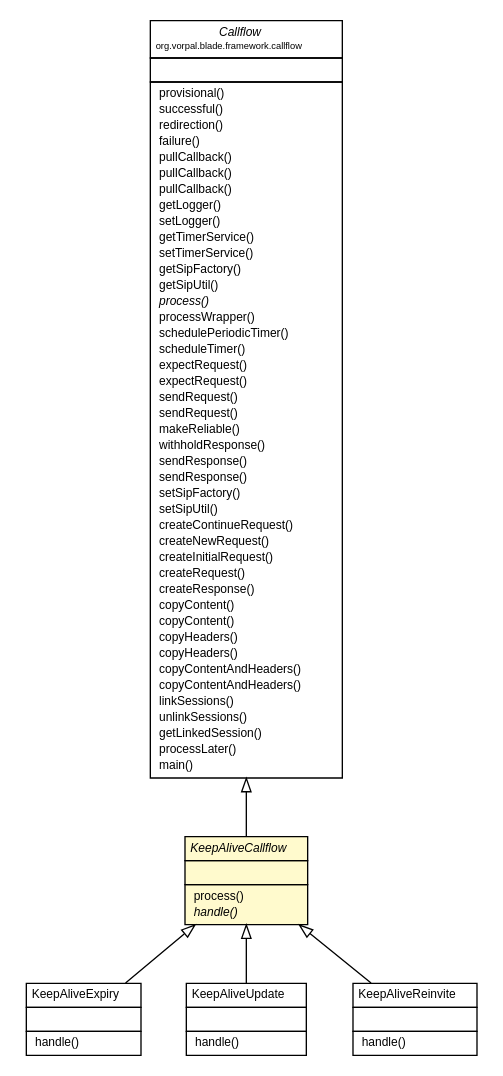
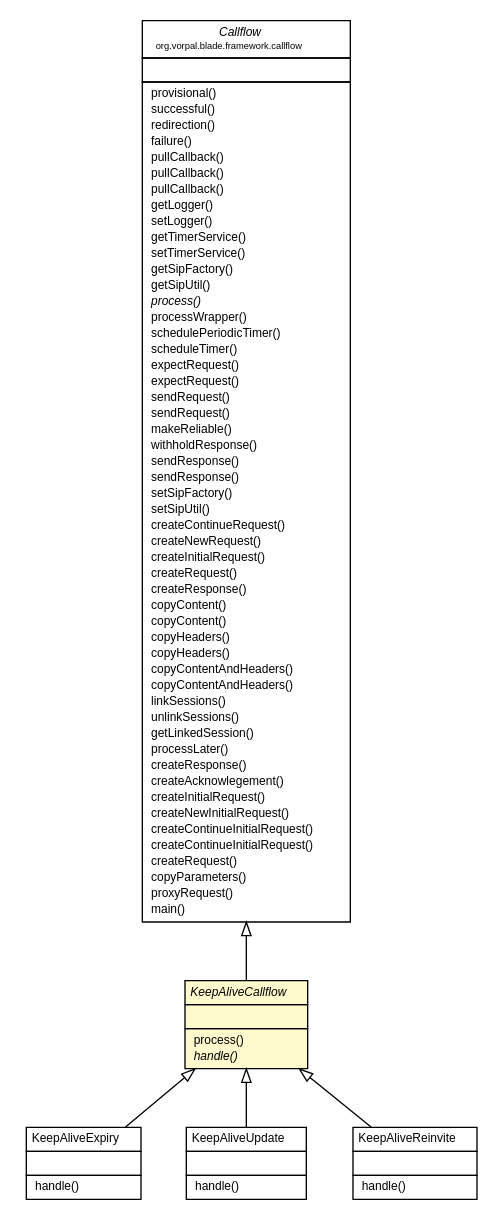
The diagram in blade/vorpal-blade-keep-alive/org/vorpal/blade/services/keepalive/KeepAliveCallflow.dot (vorpalnet/vorpalnet.github.io), drawn with Graphviz before and after one commit. The commit also changed 1096 other files, not shown here.

```diff
--- a/blade/vorpal-blade-keep-alive/org/vorpal/blade/services/keepalive/KeepAliveCallflow.dot
+++ b/blade/vorpal-blade-keep-alive/org/vorpal/blade/services/keepalive/KeepAliveCallflow.dot
@@ -1,124 +1,133 @@
 #!/usr/local/bin/dot
 #
 # Class diagram 
 # Generated by UMLGraph version 5.2 (http://www.umlgraph.org/)
 #
 
 digraph G {
 	edge [fontname="Helvetica",fontsize=10,labelfontname="Helvetica",labelfontsize=10];
 	node [fontname="Helvetica",fontsize=10,shape=plaintext];
 	nodesep=0.25;
 	ranksep=0.5;
 	// org.vorpal.blade.services.keepalive.KeepAliveCallflow
 	c11 [label=<<table title="org.vorpal.blade.services.keepalive.KeepAliveCallflow" border="0" cellborder="1" cellspacing="0" cellpadding="2" port="p" bgcolor="lemonChiffon" href="./KeepAliveCallflow.html">
 		<tr><td><table border="0" cellspacing="0" cellpadding="1">
 <tr><td align="center" balign="center"><font face="Helvetica-Oblique"> KeepAliveCallflow </font></td></tr>
 		</table></td></tr>
 		<tr><td><table border="0" cellspacing="0" cellpadding="1">
 <tr><td align="left" balign="left">  </td></tr>
 		</table></td></tr>
 		<tr><td><table border="0" cellspacing="0" cellpadding="1">
 <tr><td align="left" balign="left">  process() </td></tr>
 <tr><td align="left" balign="left"><font face="Helvetica-Oblique" point-size="9.0">  handle() </font></td></tr>
 		</table></td></tr>
 		</table>>, fontname="Helvetica", fontcolor="black", fontsize=9.0];
 	// org.vorpal.blade.services.keepalive.KeepAliveExpiry
 	c23 [label=<<table title="org.vorpal.blade.services.keepalive.KeepAliveExpiry" border="0" cellborder="1" cellspacing="0" cellpadding="2" port="p" href="./KeepAliveExpiry.html">
 		<tr><td><table border="0" cellspacing="0" cellpadding="1">
 <tr><td align="center" balign="center"> KeepAliveExpiry </td></tr>
 		</table></td></tr>
 		<tr><td><table border="0" cellspacing="0" cellpadding="1">
 <tr><td align="left" balign="left">  </td></tr>
 		</table></td></tr>
 		<tr><td><table border="0" cellspacing="0" cellpadding="1">
 <tr><td align="left" balign="left">  handle() </td></tr>
 		</table></td></tr>
 		</table>>, fontname="Helvetica", fontcolor="black", fontsize=9.0];
 	// org.vorpal.blade.services.keepalive.KeepAliveUpdate
 	c25 [label=<<table title="org.vorpal.blade.services.keepalive.KeepAliveUpdate" border="0" cellborder="1" cellspacing="0" cellpadding="2" port="p" href="./KeepAliveUpdate.html">
 		<tr><td><table border="0" cellspacing="0" cellpadding="1">
 <tr><td align="center" balign="center"> KeepAliveUpdate </td></tr>
 		</table></td></tr>
 		<tr><td><table border="0" cellspacing="0" cellpadding="1">
 <tr><td align="left" balign="left">  </td></tr>
 		</table></td></tr>
 		<tr><td><table border="0" cellspacing="0" cellpadding="1">
 <tr><td align="left" balign="left">  handle() </td></tr>
 		</table></td></tr>
 		</table>>, fontname="Helvetica", fontcolor="black", fontsize=9.0];
 	// org.vorpal.blade.services.keepalive.KeepAliveReinvite
 	c27 [label=<<table title="org.vorpal.blade.services.keepalive.KeepAliveReinvite" border="0" cellborder="1" cellspacing="0" cellpadding="2" port="p" href="./KeepAliveReinvite.html">
 		<tr><td><table border="0" cellspacing="0" cellpadding="1">
 <tr><td align="center" balign="center"> KeepAliveReinvite </td></tr>
 		</table></td></tr>
 		<tr><td><table border="0" cellspacing="0" cellpadding="1">
 <tr><td align="left" balign="left">  </td></tr>
 		</table></td></tr>
 		<tr><td><table border="0" cellspacing="0" cellpadding="1">
 <tr><td align="left" balign="left">  handle() </td></tr>
 		</table></td></tr>
 		</table>>, fontname="Helvetica", fontcolor="black", fontsize=9.0];
 	//org.vorpal.blade.services.keepalive.KeepAliveCallflow extends org.vorpal.blade.framework.callflow.Callflow
-	c36:p -> c11:p [dir=back,arrowtail=empty];
+	c39:p -> c11:p [dir=back,arrowtail=empty];
 	//org.vorpal.blade.services.keepalive.KeepAliveExpiry extends org.vorpal.blade.services.keepalive.KeepAliveCallflow
 	c11:p -> c23:p [dir=back,arrowtail=empty];
 	//org.vorpal.blade.services.keepalive.KeepAliveUpdate extends org.vorpal.blade.services.keepalive.KeepAliveCallflow
 	c11:p -> c25:p [dir=back,arrowtail=empty];
 	//org.vorpal.blade.services.keepalive.KeepAliveReinvite extends org.vorpal.blade.services.keepalive.KeepAliveCallflow
 	c11:p -> c27:p [dir=back,arrowtail=empty];
 	// org.vorpal.blade.framework.callflow.Callflow
-	c36 [label=<<table title="org.vorpal.blade.framework.callflow.Callflow" border="0" cellborder="1" cellspacing="0" cellpadding="2" port="p" href="http://java.sun.com/j2se/1.4.2/docs/api/org/vorpal/blade/framework/callflow/Callflow.html">
+	c39 [label=<<table title="org.vorpal.blade.framework.callflow.Callflow" border="0" cellborder="1" cellspacing="0" cellpadding="2" port="p" href="http://java.sun.com/j2se/1.4.2/docs/api/org/vorpal/blade/framework/callflow/Callflow.html">
 		<tr><td><table border="0" cellspacing="0" cellpadding="1">
 <tr><td align="center" balign="center"><font face="Helvetica-Oblique"> Callflow </font></td></tr>
 <tr><td align="center" balign="center"><font point-size="7.0"> org.vorpal.blade.framework.callflow </font></td></tr>
 		</table></td></tr>
 		<tr><td><table border="0" cellspacing="0" cellpadding="1">
 <tr><td align="left" balign="left">  </td></tr>
 		</table></td></tr>
 		<tr><td><table border="0" cellspacing="0" cellpadding="1">
 <tr><td align="left" balign="left">  provisional() </td></tr>
 <tr><td align="left" balign="left">  successful() </td></tr>
 <tr><td align="left" balign="left">  redirection() </td></tr>
 <tr><td align="left" balign="left">  failure() </td></tr>
 <tr><td align="left" balign="left">  pullCallback() </td></tr>
 <tr><td align="left" balign="left">  pullCallback() </td></tr>
 <tr><td align="left" balign="left">  pullCallback() </td></tr>
 <tr><td align="left" balign="left">  getLogger() </td></tr>
 <tr><td align="left" balign="left">  setLogger() </td></tr>
 <tr><td align="left" balign="left">  getTimerService() </td></tr>
 <tr><td align="left" balign="left">  setTimerService() </td></tr>
 <tr><td align="left" balign="left">  getSipFactory() </td></tr>
 <tr><td align="left" balign="left">  getSipUtil() </td></tr>
 <tr><td align="left" balign="left"><font face="Helvetica-Oblique" point-size="9.0">  process() </font></td></tr>
 <tr><td align="left" balign="left">  processWrapper() </td></tr>
 <tr><td align="left" balign="left">  schedulePeriodicTimer() </td></tr>
 <tr><td align="left" balign="left">  scheduleTimer() </td></tr>
 <tr><td align="left" balign="left">  expectRequest() </td></tr>
 <tr><td align="left" balign="left">  expectRequest() </td></tr>
 <tr><td align="left" balign="left">  sendRequest() </td></tr>
 <tr><td align="left" balign="left">  sendRequest() </td></tr>
 <tr><td align="left" balign="left">  makeReliable() </td></tr>
 <tr><td align="left" balign="left">  withholdResponse() </td></tr>
 <tr><td align="left" balign="left">  sendResponse() </td></tr>
 <tr><td align="left" balign="left">  sendResponse() </td></tr>
 <tr><td align="left" balign="left">  setSipFactory() </td></tr>
 <tr><td align="left" balign="left">  setSipUtil() </td></tr>
 <tr><td align="left" balign="left">  createContinueRequest() </td></tr>
 <tr><td align="left" balign="left">  createNewRequest() </td></tr>
 <tr><td align="left" balign="left">  createInitialRequest() </td></tr>
 <tr><td align="left" balign="left">  createRequest() </td></tr>
 <tr><td align="left" balign="left">  createResponse() </td></tr>
 <tr><td align="left" balign="left">  copyContent() </td></tr>
 <tr><td align="left" balign="left">  copyContent() </td></tr>
 <tr><td align="left" balign="left">  copyHeaders() </td></tr>
 <tr><td align="left" balign="left">  copyHeaders() </td></tr>
 <tr><td align="left" balign="left">  copyContentAndHeaders() </td></tr>
 <tr><td align="left" balign="left">  copyContentAndHeaders() </td></tr>
 <tr><td align="left" balign="left">  linkSessions() </td></tr>
 <tr><td align="left" balign="left">  unlinkSessions() </td></tr>
 <tr><td align="left" balign="left">  getLinkedSession() </td></tr>
 <tr><td align="left" balign="left">  processLater() </td></tr>
+<tr><td align="left" balign="left">  createResponse() </td></tr>
+<tr><td align="left" balign="left">  createAcknowlegement() </td></tr>
+<tr><td align="left" balign="left">  createInitialRequest() </td></tr>
+<tr><td align="left" balign="left">  createNewInitialRequest() </td></tr>
+<tr><td align="left" balign="left">  createContinueInitialRequest() </td></tr>
+<tr><td align="left" balign="left">  createContinueInitialRequest() </td></tr>
+<tr><td align="left" balign="left">  createRequest() </td></tr>
+<tr><td align="left" balign="left">  copyParameters() </td></tr>
+<tr><td align="left" balign="left">  proxyRequest() </td></tr>
 <tr><td align="left" balign="left">  main() </td></tr>
 		</table></td></tr>
 		</table>>, fontname="Helvetica", fontcolor="black", fontsize=9.0];
 }
```
